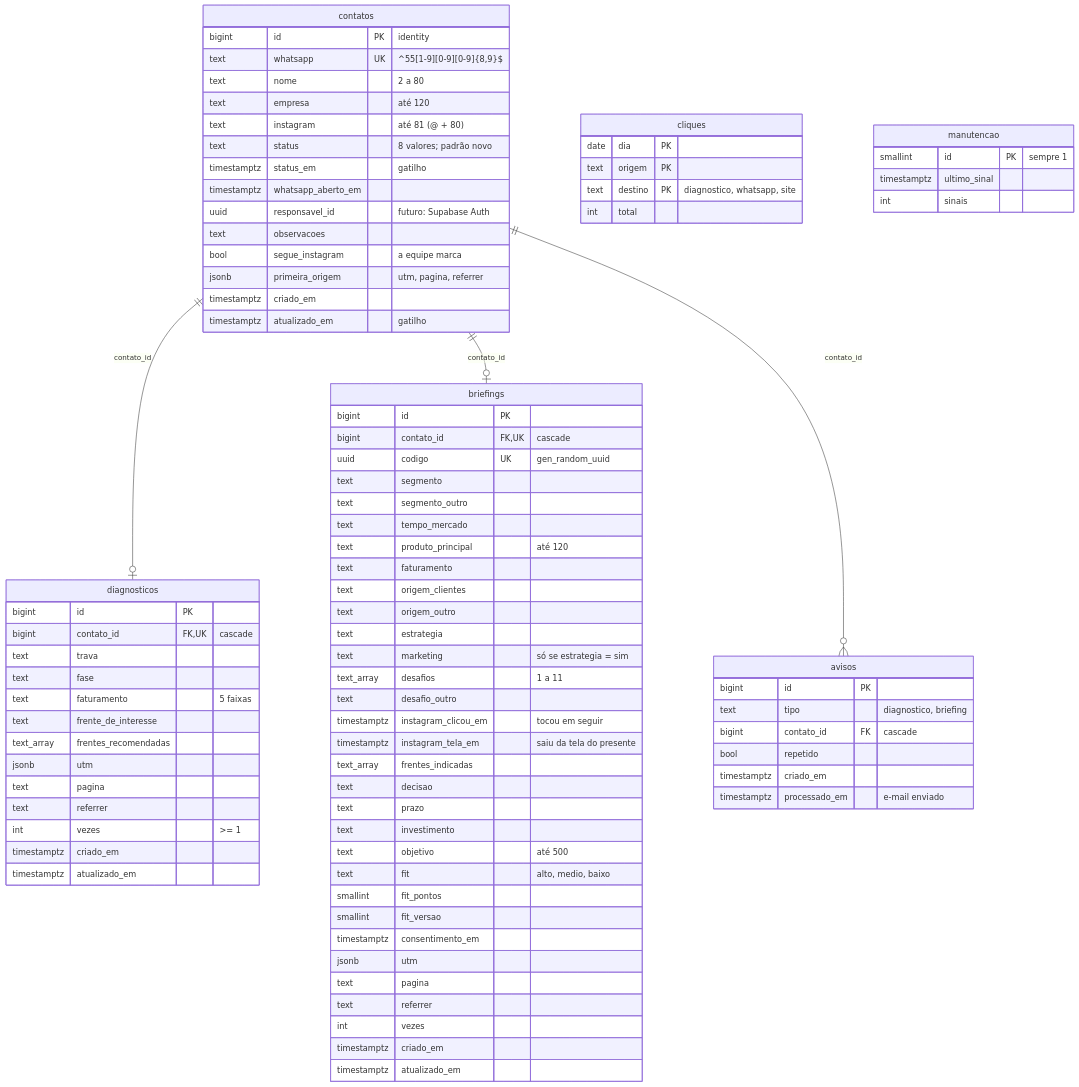
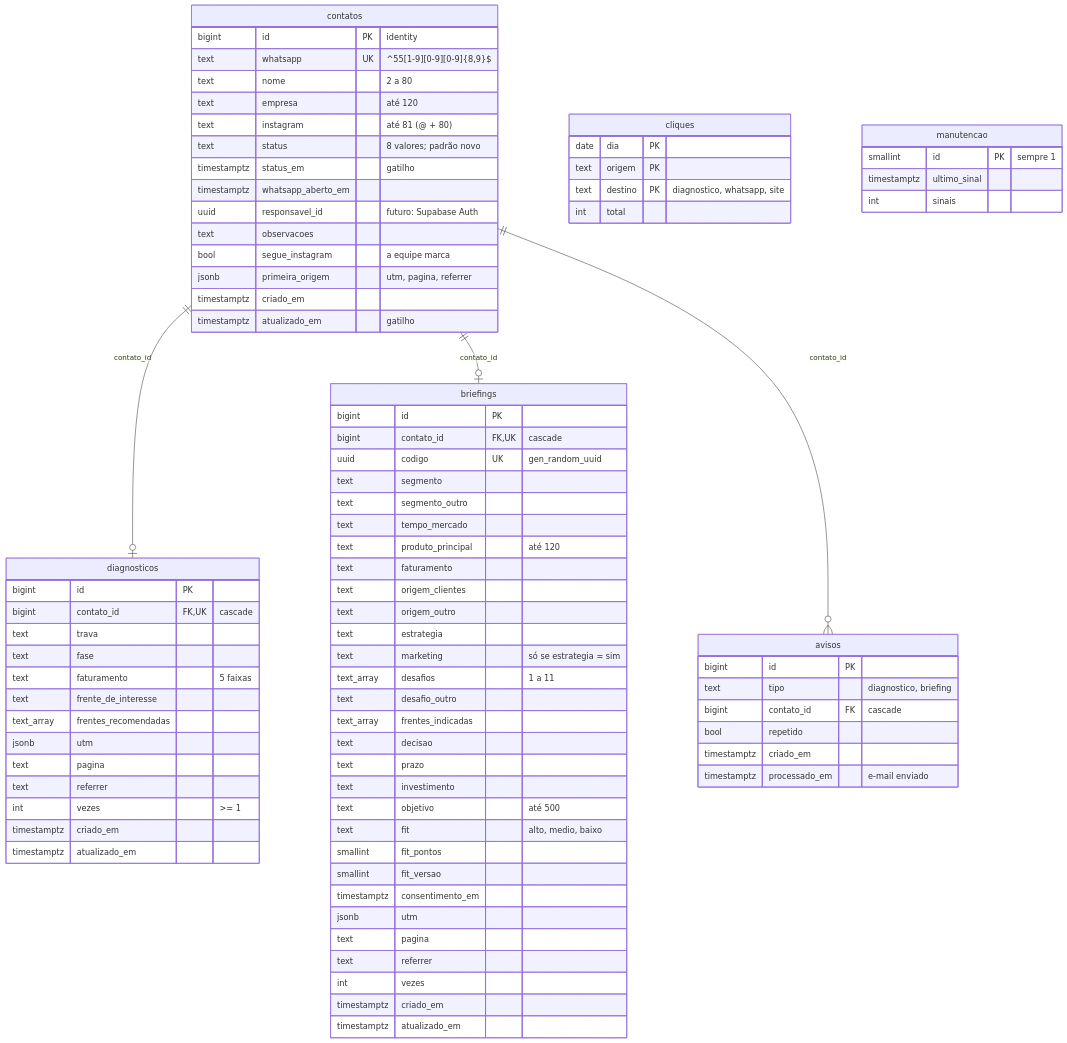
Before and after one commit to theufirminoo/sa-marketing-project-landingpag: the second of 7 diagrams in docs/tecnico/09-modelo-de-dados-e-integracoes.md, drawn with Mermaid. The commit also changed other lines of this file and 14 other files, not shown here.

First line of the commit message:
Briefing: tela final única, WhatsApp primeiro e Instagram por último

```diff
--- a/docs/tecnico/09-modelo-de-dados-e-integracoes.md
+++ b/docs/tecnico/09-modelo-de-dados-e-integracoes.md
@@ -94,8 +94,6 @@
     text marketing "só se estrategia = sim"
     text_array desafios "1 a 11"
     text desafio_outro
-    timestamptz instagram_clicou_em "tocou em seguir"
-    timestamptz instagram_tela_em "saiu da tela do presente"
     text_array frentes_indicadas
     text decisao
     text prazo
```
